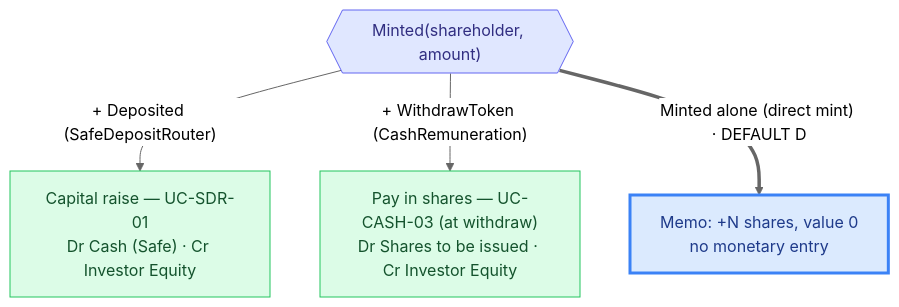
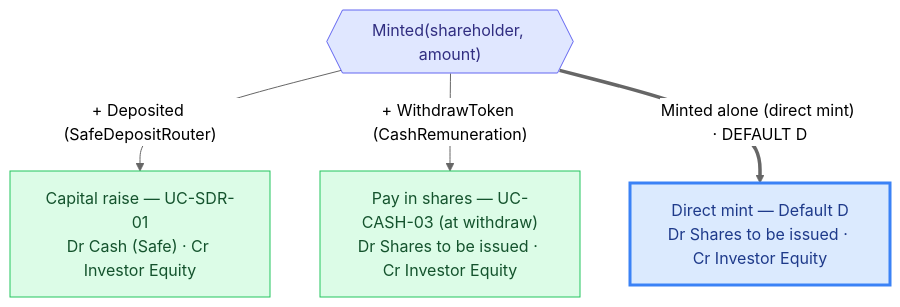
One commit to globe-and-citizen/cnc-portal changed the third of 3 diagrams in docs/features/accounting/money-flow-catalogue.md. Above: the diagram before and after it, drawn with Mermaid (neutral theme). The commit also changed other lines of this file and 1 other file, not shown here.

````diff
--- a/docs/features/accounting/money-flow-catalogue.md
+++ b/docs/features/accounting/money-flow-catalogue.md
@@ -236,11 +255,11 @@
 ```mermaid
 flowchart TD
   minted{{"Minted(shareholder, amount)"}}:::evt
   minted -->|"+ Deposited (SafeDepositRouter)"| cap["Capital raise — UC-SDR-01<br/>Dr Cash (Safe) · Cr Investor Equity"]:::ok
   minted -->|"+ WithdrawToken (CashRemuneration)"| pay["Pay in shares — UC-CASH-03 (at withdraw)<br/>Dr Shares to be issued · Cr Investor Equity"]:::ok
-  minted ==>|"Minted alone (direct mint) · DEFAULT D"| d["Memo: +N shares, value 0<br/>no monetary entry"]:::def
+  minted ==>|"Minted alone (direct mint) · DEFAULT D"| d["Direct mint — Default D<br/>Dr Shares to be issued · Cr Investor Equity"]:::def
 
   classDef evt fill:#e0e7ff,stroke:#6366f1,color:#312e81;
   classDef ok fill:#dcfce7,stroke:#22c55e,color:#14532d;
   classDef def fill:#dbeafe,stroke:#3b82f6,color:#1e3a8a,stroke-width:3px;
 ```
````
